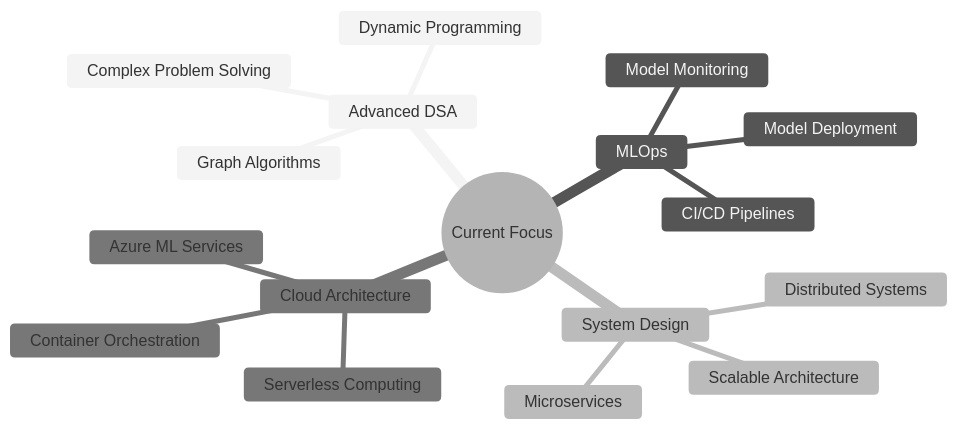
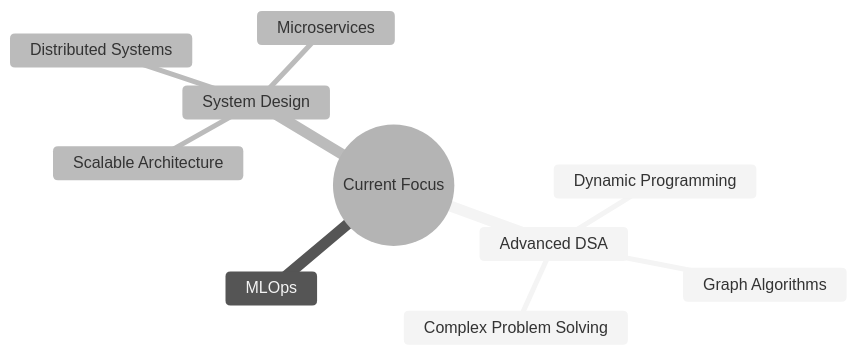
The diagram in README.md (VISHNU-VARDHAN-MAMIDISETTI1/VISHNU-VARDHAN-MAMIDISETTI1), drawn with Mermaid (neutral theme) before and after one commit. The commit also changed other lines of this file, not shown here.

````diff
--- a/README.md
+++ b/README.md
@@ -189,20 +182,13 @@
 ```mermaid
 mindmap
   root((Current Focus))
     Advanced DSA
       Dynamic Programming
       Graph Algorithms
       Complex Problem Solving
     MLOps
-      Model Deployment
-      CI/CD Pipelines
-      Model Monitoring
     System Design
       Scalable Architecture
       Distributed Systems
       Microservices
-    Cloud Architecture
-      Azure ML Services
-      Serverless Computing
-      Container Orchestration
 ```
````
